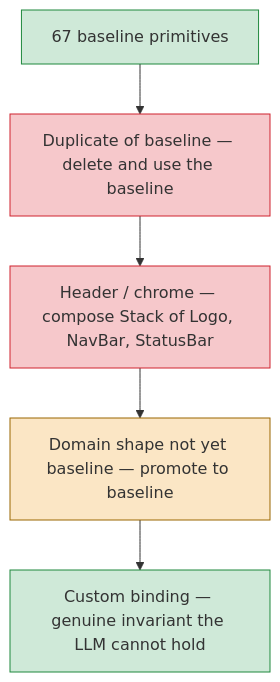
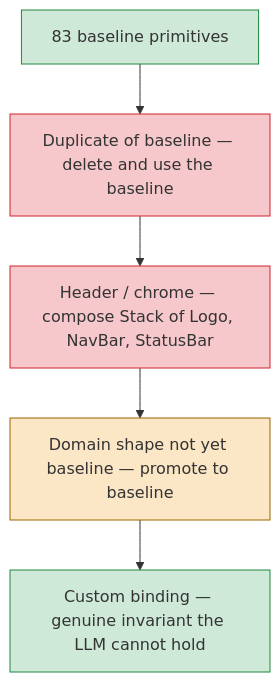
One commit to fragmatic-io/atelier changed the diagram in apps/docs/src/content/docs/components/baseline-vs-custom.mdx. Above: the diagram before and after it, drawn with Mermaid. The commit also changed other lines of this file and 47 other files, not shown here.

````diff
--- a/apps/docs/src/content/docs/components/baseline-vs-custom.mdx
+++ b/apps/docs/src/content/docs/components/baseline-vs-custom.mdx
@@ -12,22 +12,22 @@
 ```mermaid
 flowchart TB
   Tip["Custom binding — genuine invariant the LLM cannot hold"]
   Mid["Domain shape not yet baseline — promote to baseline"]
   Wide["Header / chrome — compose Stack of Logo, NavBar, StatusBar"]
   Base["Duplicate of baseline — delete and use the baseline"]
-  Foundation["67 baseline primitives"]
+  Foundation["83 baseline primitives"]
 
   Foundation --> Base
   Base --> Wide
   Wide --> Mid
   Mid --> Tip
 
   classDef ok fill:#cfe9d8,stroke:#1f883d
   classDef warn fill:#fbe6c5,stroke:#9a6700
   classDef bad fill:#f6c8cb,stroke:#cf222e
   class Foundation ok
   class Base bad
   class Wide bad
   class Mid warn
   class Tip ok
 ```
````
